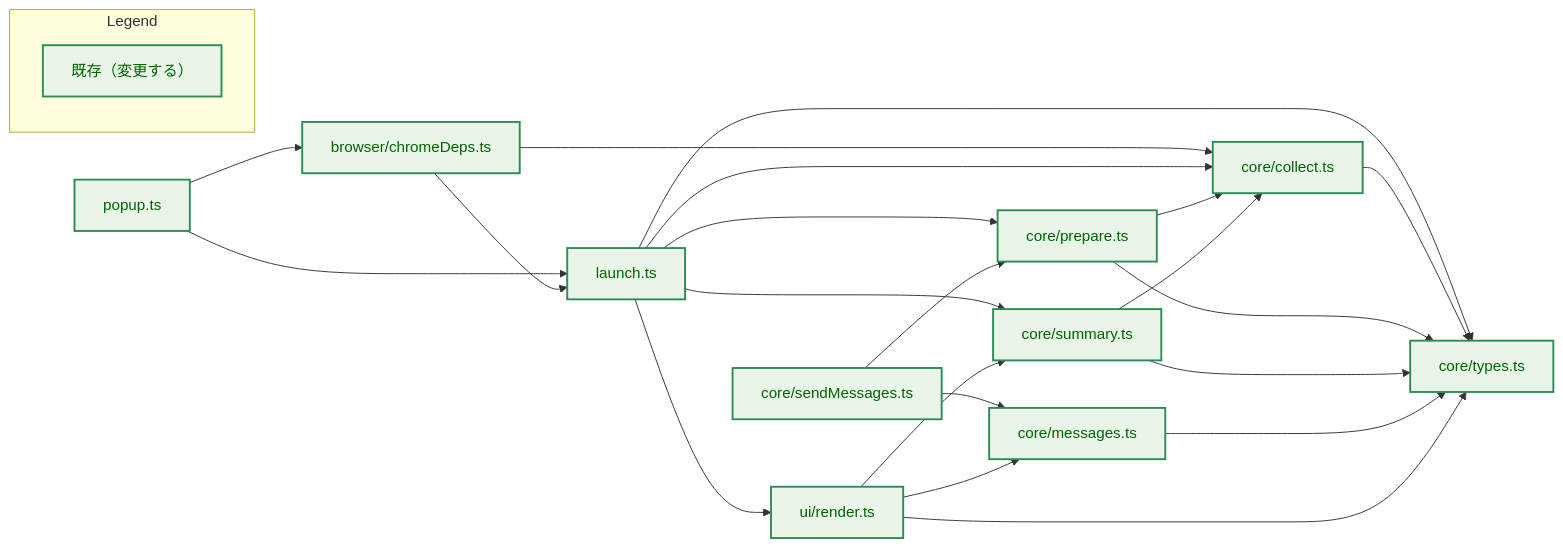
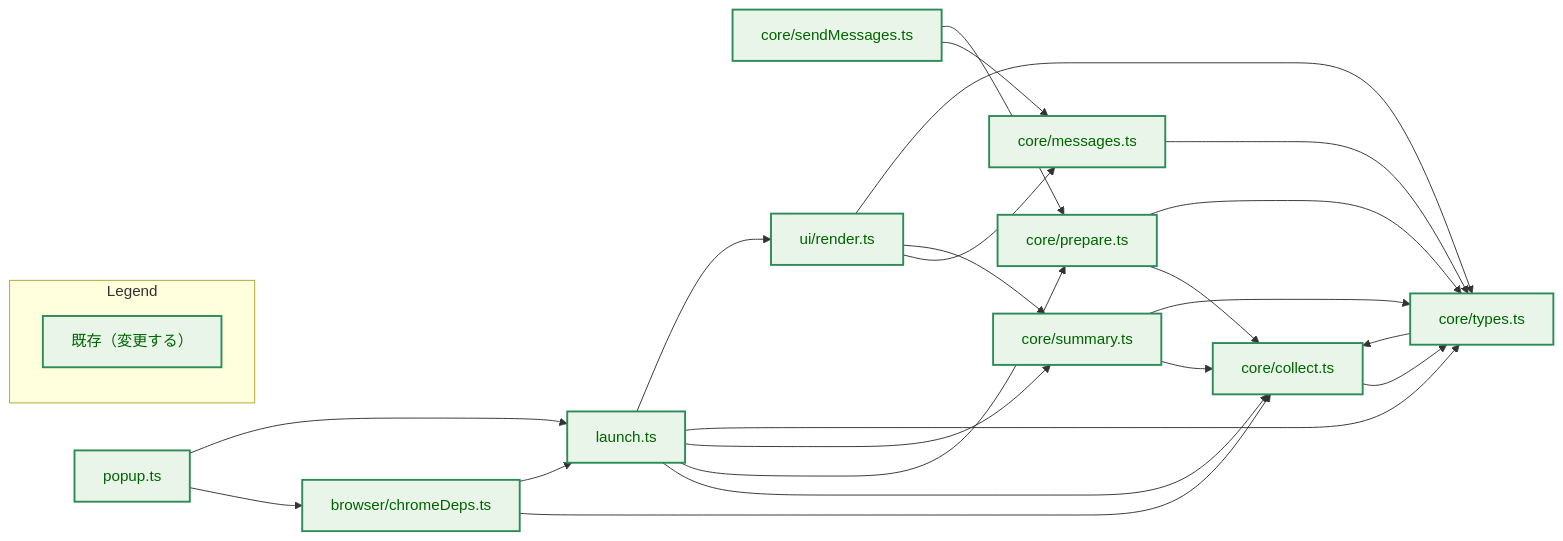
The second of 6 diagrams in docs/tasks/0029_transcript_panel_read/02_architecture.md (isseis/yt2column), drawn with Mermaid before and after one commit. The commit also changed other lines of this file and 1 other file, not shown here.

````diff
--- a/docs/tasks/0029_transcript_panel_read/02_architecture.md
+++ b/docs/tasks/0029_transcript_panel_read/02_architecture.md
@@ -159,43 +159,44 @@
 ```mermaid
 flowchart LR
     classDef enhanced fill:#e8f5e8,stroke:#2e8b57,stroke-width:2px,color:#006400;
 
     POPUPTS["popup.ts"]
     LAUNCH["launch.ts"]
     DEPS["browser/chromeDeps.ts"]
     COLLECT["core/collect.ts"]
     TYPES["core/types.ts"]
     SUMMARY["core/summary.ts"]
     MESSAGES["core/messages.ts"]
     SENDMSG["core/sendMessages.ts"]
     PREPARE["core/prepare.ts"]
     RENDER["ui/render.ts"]
 
     POPUPTS --> DEPS
     POPUPTS --> LAUNCH
     DEPS --> COLLECT
     DEPS --> LAUNCH
     LAUNCH --> COLLECT
     LAUNCH --> PREPARE
     LAUNCH --> SUMMARY
     LAUNCH --> TYPES
     LAUNCH --> RENDER
     COLLECT --> TYPES
+    TYPES --> COLLECT
     PREPARE --> COLLECT
     PREPARE --> TYPES
     SUMMARY --> COLLECT
     SUMMARY --> TYPES
     MESSAGES --> TYPES
     SENDMSG --> MESSAGES
     SENDMSG --> PREPARE
     RENDER --> MESSAGES
     RENDER --> SUMMARY
     RENDER --> TYPES
 
     class POPUPTS,LAUNCH,DEPS,COLLECT,TYPES,SUMMARY,MESSAGES,SENDMSG,PREPARE,RENDER enhanced
 
     subgraph Legend["Legend"]
         L1["既存（変更する）"]
     end
     class L1 enhanced
 ```
````
